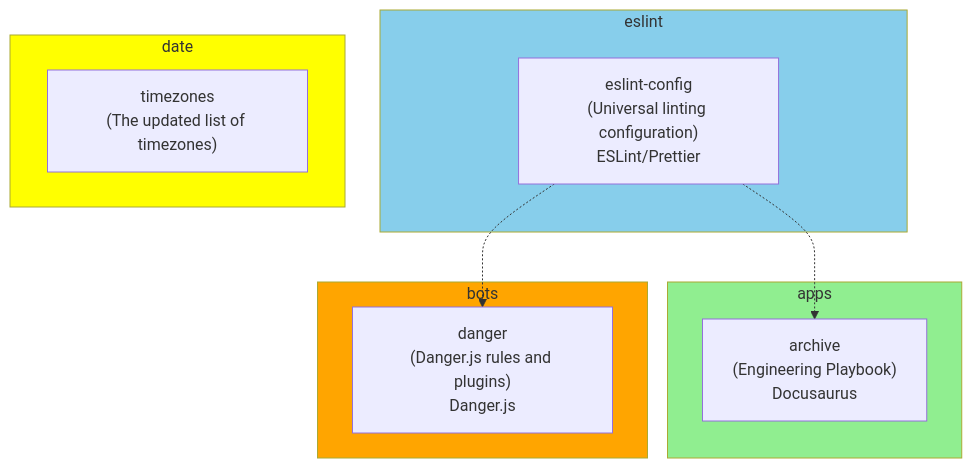
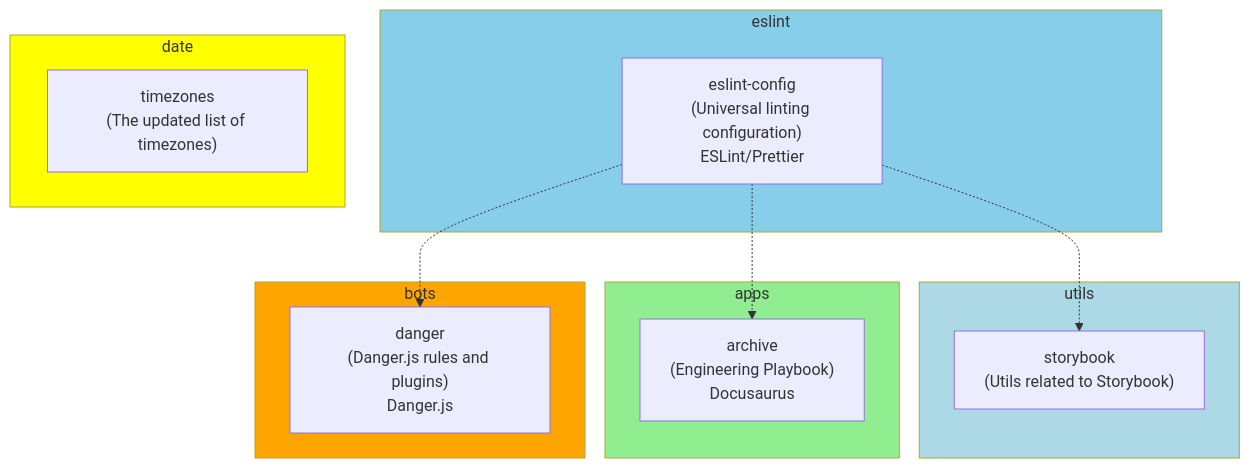
One commit to runespoor-engineering/runespoorstack changed the diagram in README.md. Above: the diagram before and after it, drawn with Mermaid.

Commit message:
docs(readme): add `storybook-utils` to monorepo diagram

````diff
--- a/README.md
+++ b/README.md
@@ -19,26 +19,32 @@
 ```mermaid
 flowchart TB
     subgraph eslint
         eslint-config["eslint-config\n(Universal linting configuration)\nESLint/Prettier"]
     end
 
-     subgraph date
+    subgraph date
         timezones["timezones\n(The updated list of timezones)"]
+    end
+
+    subgraph utils
+        storybook["storybook\n(Utils related to Storybook)"]
     end
 
     subgraph apps
         archive["archive\n(Engineering Playbook)\nDocusaurus"]
     end
 
     subgraph bots
         danger["danger\n(Danger.js rules and plugins)\nDanger.js"]
     end
 
     eslint-config .-> archive
     eslint-config .-> danger
+    eslint-config .-> storybook
 
-    style apps fill:lightgreen
     style eslint fill:skyblue
     style date fill:yellow
+    style utils fill:lightblue
+    style apps fill:lightgreen
     style bots fill:orange
 ```
````
